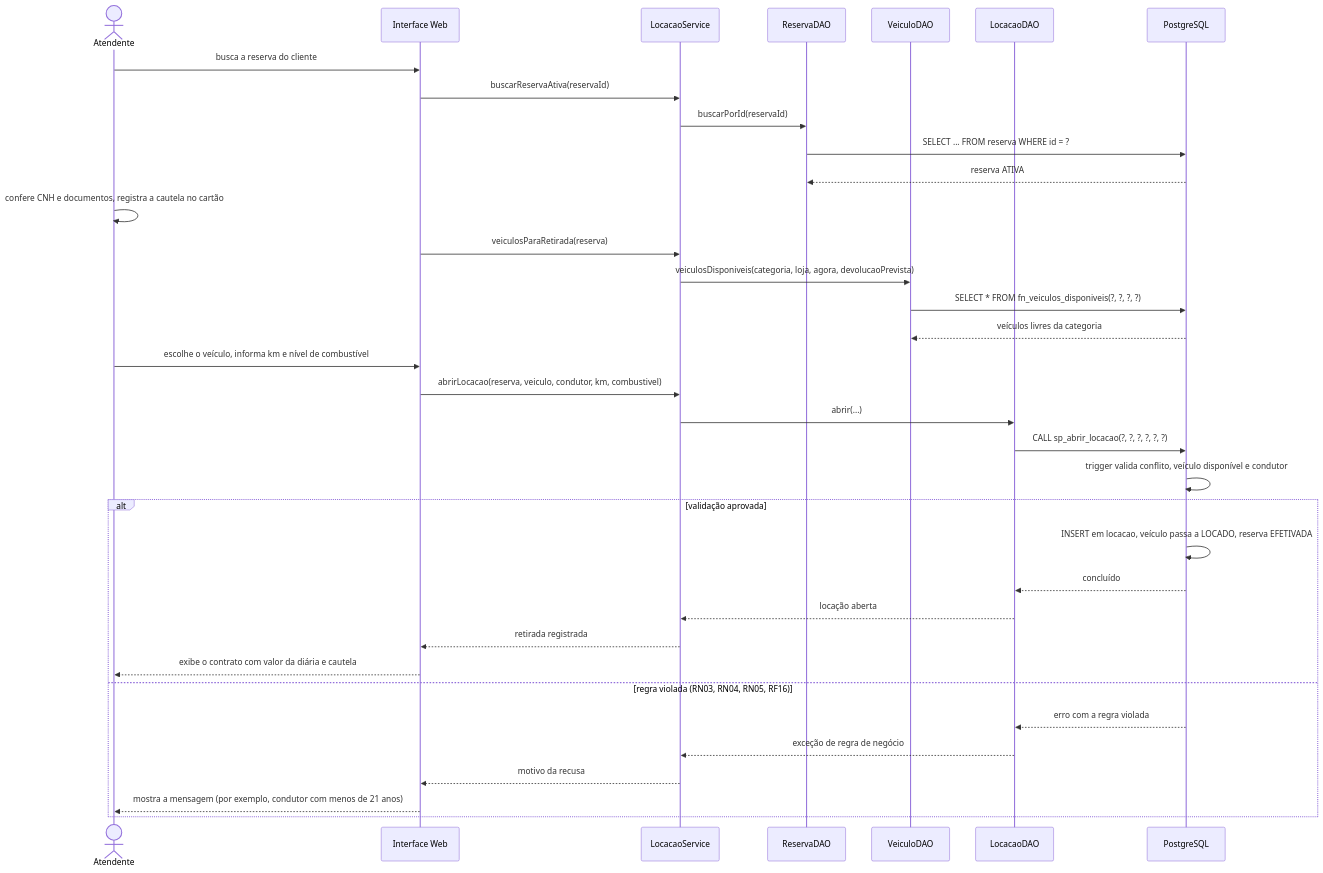
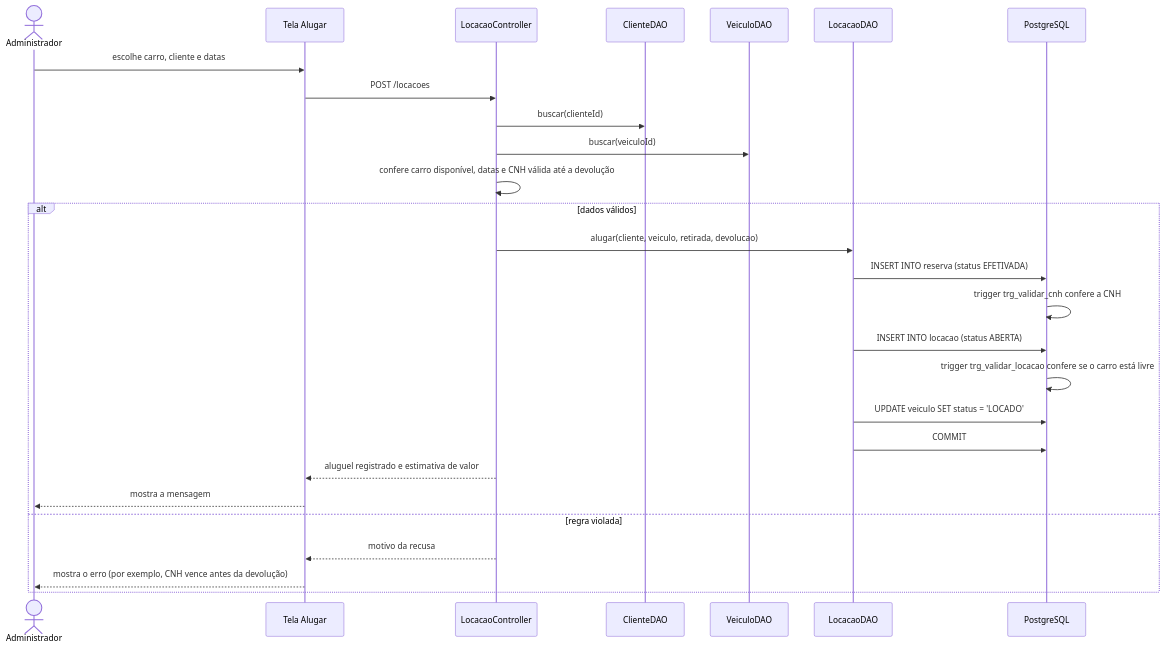
Before and after one commit to lucasorlandi7/NextDrive: the second of 7 diagrams in docs/artigo.md, drawn with Mermaid. The commit also changed other lines of this file, not shown here.

````diff
--- a/docs/artigo.md
+++ b/docs/artigo.md
@@ -1098,38 +995,30 @@
 ```mermaid
 sequenceDiagram
-    actor A as Atendente
-    participant W as Interface Web
-    participant LS as LocacaoService
-    participant RD as ReservaDAO
+    actor U as Administrador
+    participant T as Tela Alugar
+    participant LC as LocacaoController
+    participant CD as ClienteDAO
     participant VD as VeiculoDAO
     participant LD as LocacaoDAO
     participant DB as PostgreSQL
 
-    A->>W: busca a reserva do cliente
-    W->>LS: buscarReservaAtiva(reservaId)
-    LS->>RD: buscarPorId(reservaId)
-    RD->>DB: SELECT ... FROM reserva WHERE id = ?
-    DB-->>RD: reserva ATIVA
-    A->>A: confere CNH e documentos, registra a cautela no cartão
-    W->>LS: veiculosParaRetirada(reserva)
-    LS->>VD: veiculosDisponiveis(categoria, loja, agora, devolucaoPrevista)
-    VD->>DB: SELECT * FROM fn_veiculos_disponiveis(?, ?, ?, ?)
-    DB-->>VD: veículos livres da categoria
-    A->>W: escolhe o veículo, informa km e nível de combustível
-    W->>LS: abrirLocacao(reserva, veiculo, condutor, km, combustivel)
-    LS->>LD: abrir(...)
-    LD->>DB: CALL sp_abrir_locacao(?, ?, ?, ?, ?, ?)
-    DB->>DB: trigger valida conflito, veículo disponível e condutor
-    alt validação aprovada
-        DB->>DB: INSERT em locacao, veículo passa a LOCADO, reserva EFETIVADA
-        DB-->>LD: concluído
-        LD-->>LS: locação aberta
-        LS-->>W: retirada registrada
-        W-->>A: exibe o contrato com valor da diária e cautela
-    else regra violada (RN03, RN04, RN05, RF16)
-        DB-->>LD: erro com a regra violada
-        LD-->>LS: exceção de regra de negócio
-        LS-->>W: motivo da recusa
-        W-->>A: mostra a mensagem (por exemplo, condutor com menos de 21 anos)
+    U->>T: escolhe carro, cliente e datas
+    T->>LC: POST /locacoes
+    LC->>CD: buscar(clienteId)
+    LC->>VD: buscar(veiculoId)
+    LC->>LC: confere carro disponível, datas e CNH válida até a devolução
+    alt dados válidos
+        LC->>LD: alugar(cliente, veiculo, retirada, devolucao)
+        LD->>DB: INSERT INTO reserva (status EFETIVADA)
+        DB->>DB: trigger trg_validar_cnh confere a CNH
+        LD->>DB: INSERT INTO locacao (status ABERTA)
+        DB->>DB: trigger trg_validar_locacao confere se o carro está livre
+        LD->>DB: UPDATE veiculo SET status = 'LOCADO'
+        LD->>DB: COMMIT
+        LC-->>T: aluguel registrado e estimativa de valor
+        T-->>U: mostra a mensagem
+    else regra violada
+        LC-->>T: motivo da recusa
+        T-->>U: mostra o erro (por exemplo, CNH vence antes da devolução)
     end
 ```
````
